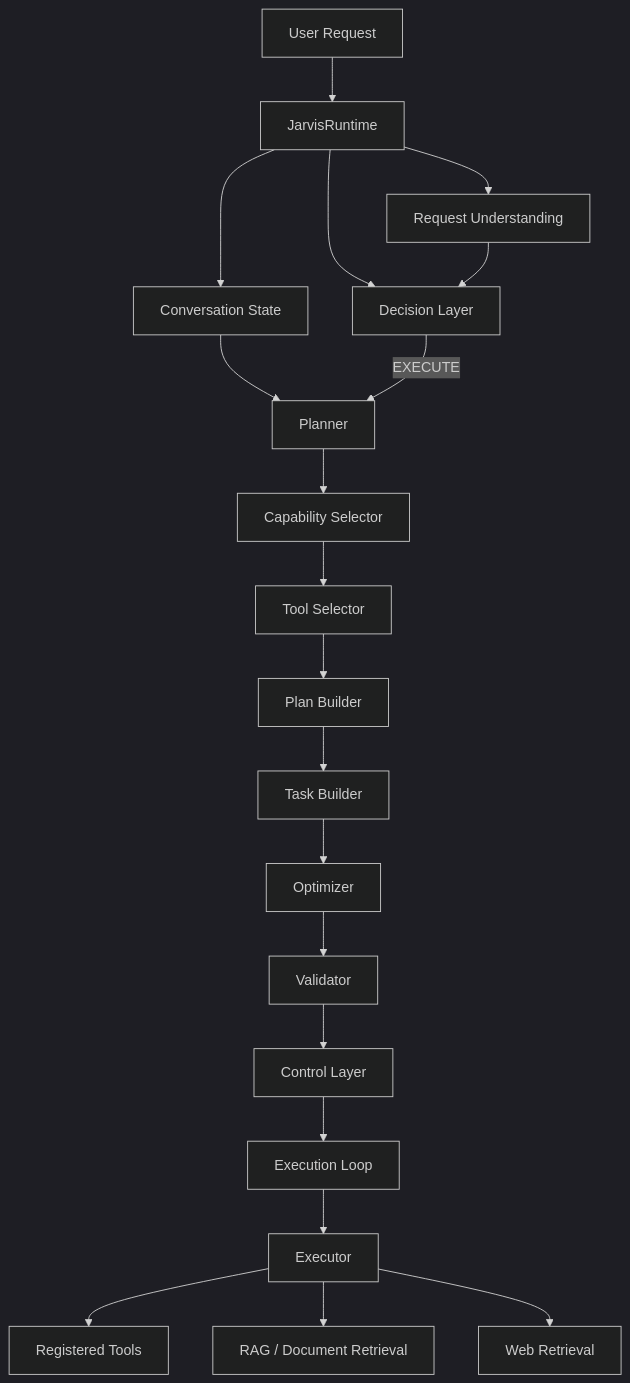
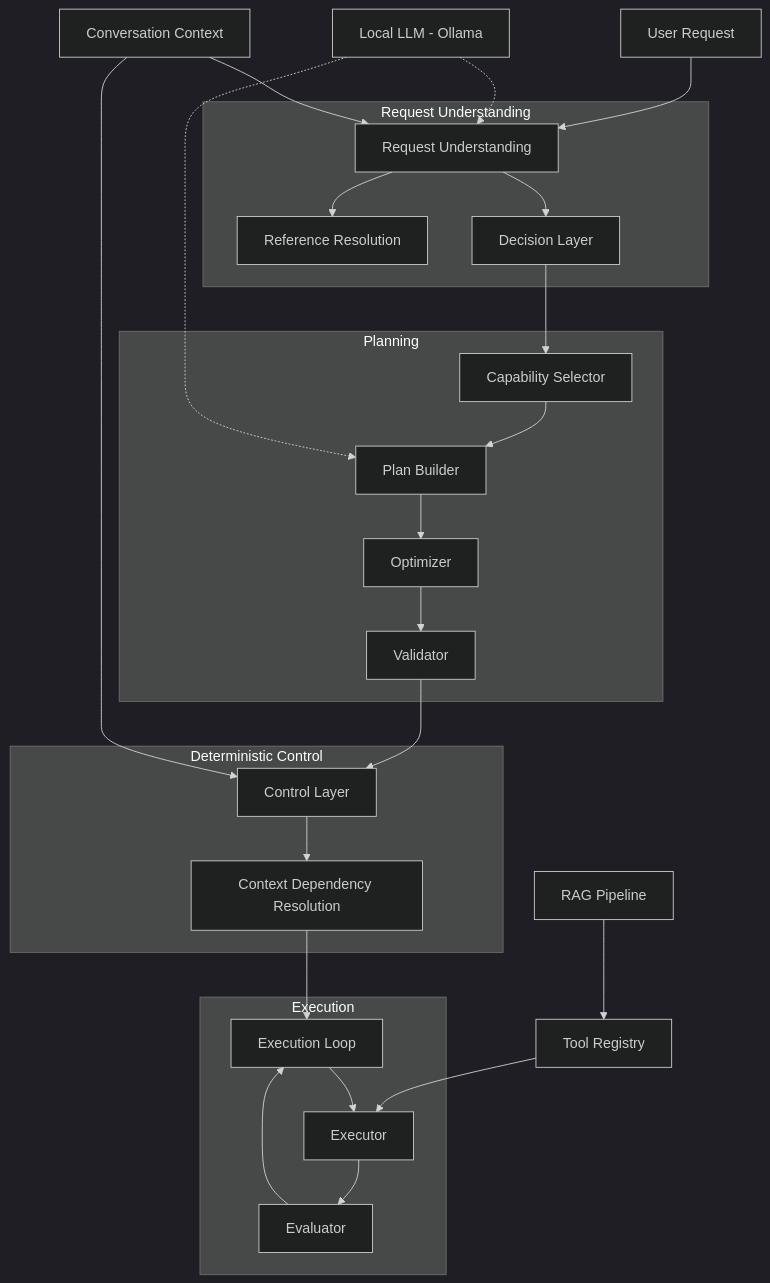
One commit to Kshitij9438/jarvis-ai changed the diagram in README.md. Above: the diagram before and after it, drawn with Mermaid (dark theme). The commit also changed other lines of this file and 3 other files, not shown here.

````diff
--- a/README.md
+++ b/README.md
@@ -123,51 +77,55 @@
 ```mermaid
 flowchart TD
-    U["User Request"]
+    U[User Request]
 
-    RT["JarvisRuntime"]
+    subgraph UNDERSTANDING[Request Understanding]
+        RU[Request Understanding]
+        DEC[Decision Layer]
+        REF[Reference Resolution]
+    end
 
-    CS["Conversation State"]
-    RU["Request Understanding"]
-    DEC["Decision Layer"]
+    subgraph PLANNING[Planning]
+        CAP[Capability Selector]
+        PB[Plan Builder]
+        OPT[Optimizer]
+        VAL[Validator]
+    end
 
-    PL["Planner"]
-    CAP["Capability Selector"]
-    TS["Tool Selector"]
-    PB["Plan Builder"]
-    TB["Task Builder"]
-    OPT["Optimizer"]
-    VAL["Validator"]
+    subgraph CONTROL[Deterministic Control]
+        CL[Control Layer]
+        CD[Context Dependency Resolution]
+    end
 
-    CTRL["Control Layer"]
-    LOOP["Execution Loop"]
-    EX["Executor"]
+    subgraph EXECUTION[Execution]
+        EX[Executor]
+        EL[Execution Loop]
+        EV[Evaluator]
+    end
 
-    TOOLS["Registered Tools"]
-    RAG["RAG / Document Retrieval"]
-    WEB["Web Retrieval"]
+    TOOLS[Tool Registry]
+    RAG[RAG Pipeline]
+    CONV[Conversation Context]
+    LLM[Local LLM - Ollama]
 
-    U --> RT
+    U --> RU
+    RU --> DEC
+    RU --> REF
+    DEC --> CAP
+    CAP --> PB
+    PB --> OPT
+    OPT --> VAL
+    VAL --> CL
+    CL --> CD
+    CD --> EL
+    EL --> EX
+    EX --> EV
+    EV --> EL
 
-    RT --> CS
-    RT --> RU
-    RT --> DEC
+    LLM -.-> RU
+    LLM -.-> PB
 
-    CS --> PL
-    RU --> DEC
-    DEC -->|"EXECUTE"| PL
-
-    PL --> CAP
-    CAP --> TS
-    TS --> PB
-    PB --> TB
-    TB --> OPT
-    OPT --> VAL
-
-    VAL --> CTRL
-    CTRL --> LOOP
-    LOOP --> EX
-
-    EX --> TOOLS
-    EX --> RAG
-    EX --> WEB
+    TOOLS --> EX
+    RAG --> TOOLS
+    CONV --> RU
+    CONV --> CL
 ```
````
